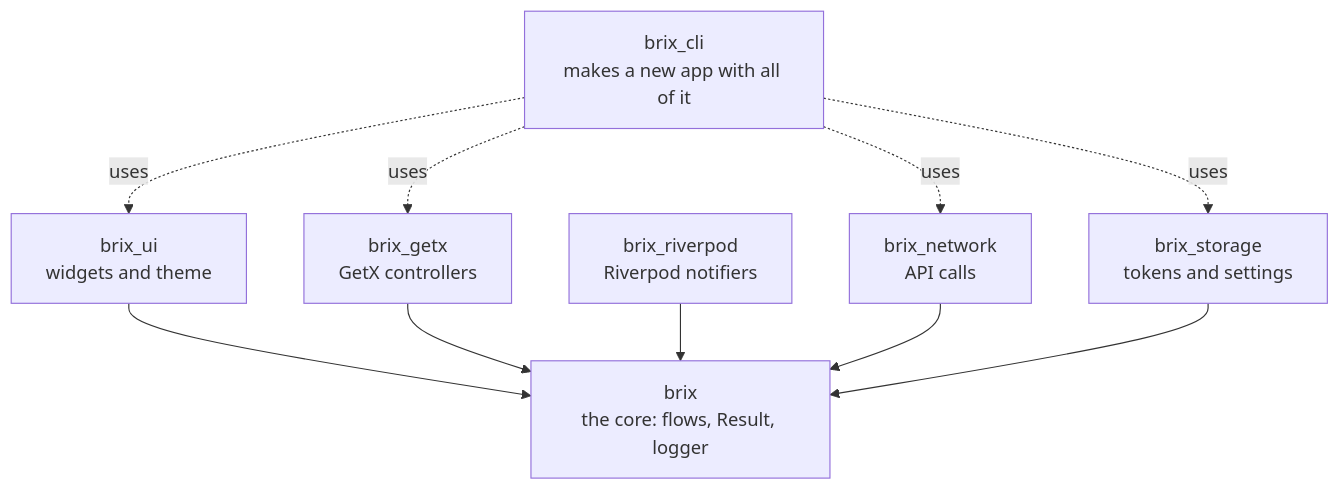
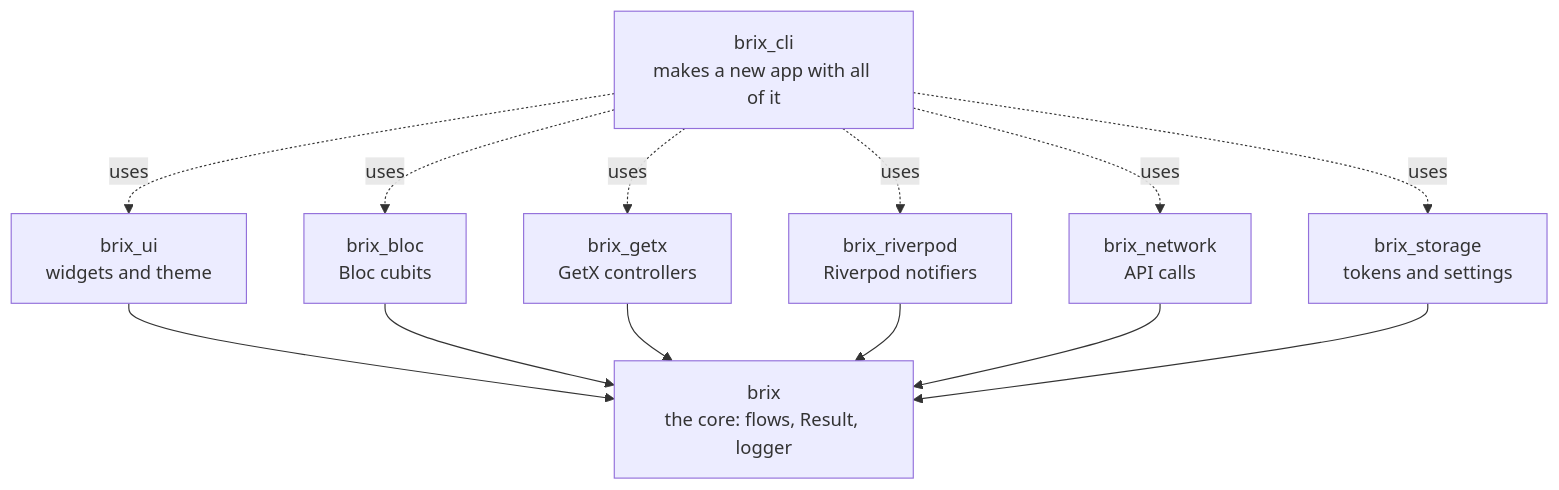
One commit to mrubaz/brix changed the first of 2 diagrams in README.md. Above: the diagram before and after it, drawn with Mermaid. The commit also changed other lines of this file and 31 other files, not shown here.

````diff
--- a/README.md
+++ b/README.md
@@ -60,11 +64,12 @@
 ```mermaid
 flowchart TB
     CLI["brix_cli<br/>makes a new app with all of it"]
-    CLI -. uses .-> UI & GETX & NET & STORE
+    CLI -. uses .-> UI & BLOC & RIVER & GETX & NET & STORE
     UI["brix_ui<br/>widgets and theme"] --> CORE
+    BLOC["brix_bloc<br/>Bloc cubits"] --> CORE
     GETX["brix_getx<br/>GetX controllers"] --> CORE
     RIVER["brix_riverpod<br/>Riverpod notifiers"] --> CORE
     NET["brix_network<br/>API calls"] --> CORE
     STORE["brix_storage<br/>tokens and settings"] --> CORE
     CORE["brix<br/>the core: flows, Result, logger"]
 ```
````
